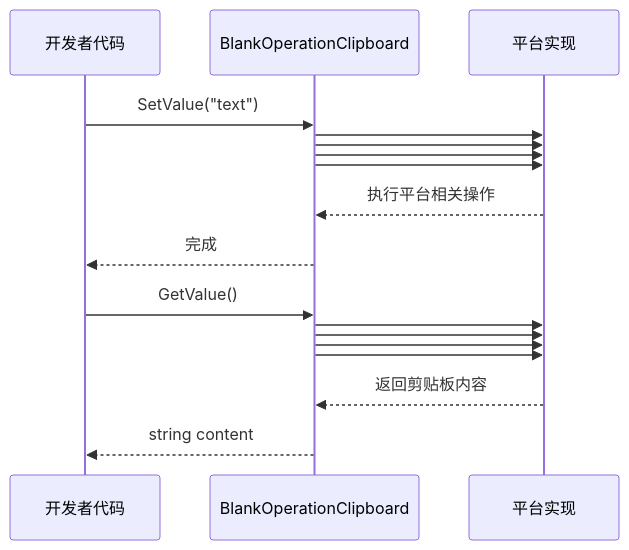
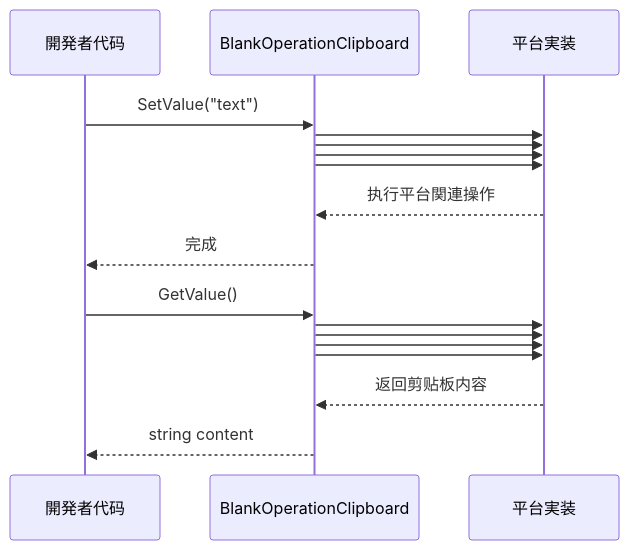
Before and after one commit to AlianBlank/GameFrameX.Docs: the second of 2 diagrams in docs/ja/client/unity/component/operationclipboard/04.usage.md, drawn with Mermaid. The commit also changed other lines of this file and 603 other files, not shown here.

````diff
--- a/docs/ja/client/unity/component/operationclipboard/04.usage.md
+++ b/docs/ja/client/unity/component/operationclipboard/04.usage.md
@@ -145,22 +145,22 @@
 ```mermaid
 sequenceDiagram
-    participant Dev as 开发者代码
+    participant Dev as 開発者代码
     participant API as BlankOperationClipboard
-    participant Plat as 平台实现
+    participant Plat as 平台実装
 
     Dev->>API: SetValue("text")
     API->>Plat: #if UNITY_ANDROID
     API->>Plat: #if UNITY_IOS
     API->>Plat: #if UNITY_WEBGL
     API->>Plat: #if UNITY_EDITOR || UNITY_STANDALONE
-    Plat-->>API: 执行平台相关操作
+    Plat-->>API: 执行平台関連操作
     API-->>Dev: 完成
 
     Dev->>API: GetValue()
     API->>Plat: #if UNITY_ANDROID
     API->>Plat: #if UNITY_IOS
     API->>Plat: #if UNITY_WEBGL
     API->>Plat: #if UNITY_EDITOR || UNITY_STANDALONE
     Plat-->>API: 返回剪贴板内容
     API-->>Dev: string content
 ```
````
